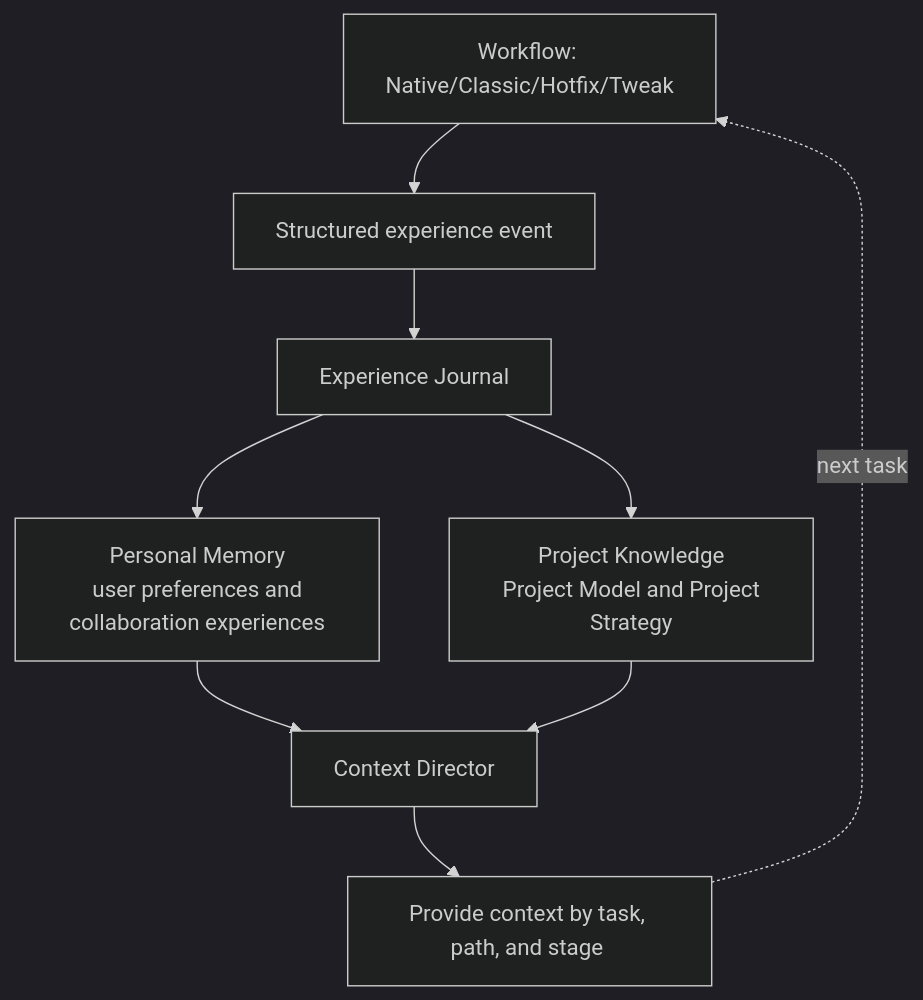
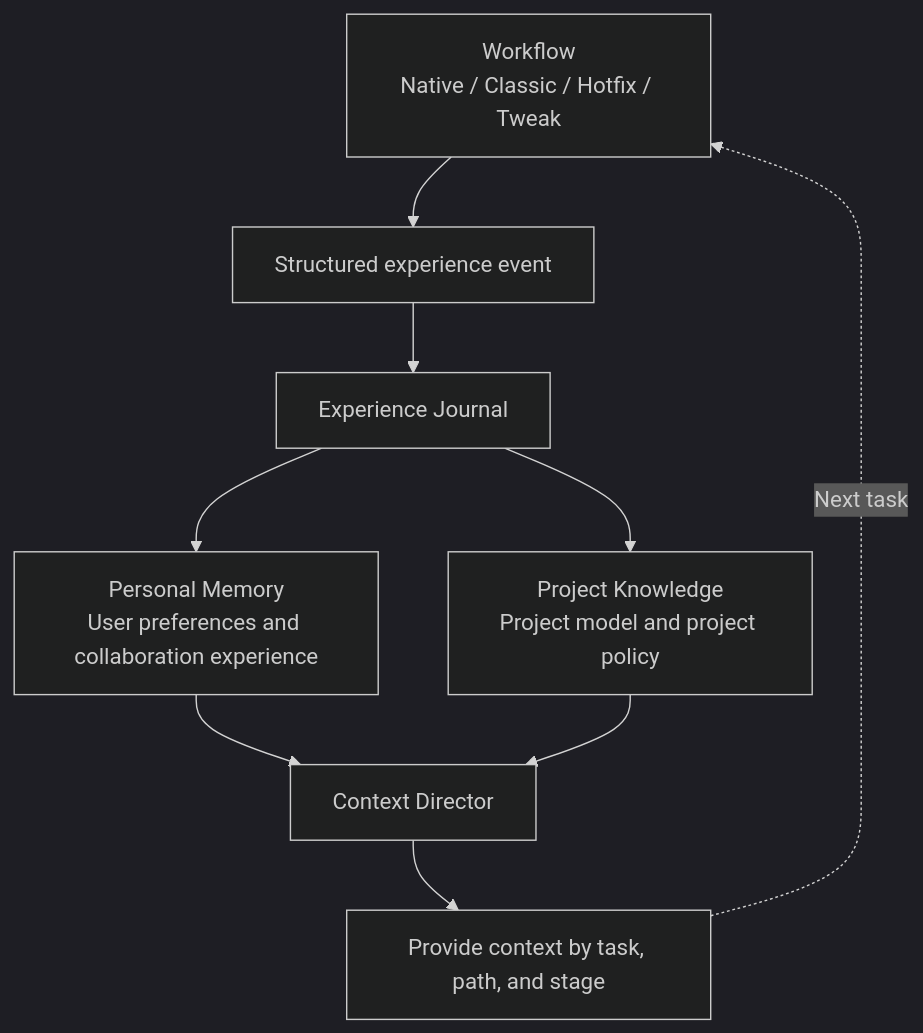
The diagram in en/tech-blog/comet-0.4.0-rc1.mdx (rpamis/comet-website-docs), drawn with Mermaid (dark theme) before and after one commit. The commit also changed other lines of this file and 72 other files, not shown here.

````diff
--- a/en/tech-blog/comet-0.4.0-rc1.mdx
+++ b/en/tech-blog/comet-0.4.0-rc1.mdx
@@ -24,11 +24,11 @@
 ```mermaid
 flowchart TB
-  W["Workflow: <br/>Native/Classic/Hotfix/Tweak"] --> E["Structured experience event"]
+  W["Workflow<br/>Native / Classic / Hotfix / Tweak"] --> E["Structured experience event"]
   E --> J["Experience Journal"]
-  J --> M["Personal Memory<br/> user preferences and collaboration experiences"]
-  J --> K["Project Knowledge<br/> Project Model and Project Strategy"]
+  J --> M["Personal Memory<br/>User preferences and collaboration experience"]
+  J --> K["Project Knowledge<br/>Project model and project policy"]
   M --> D["Context Director"]
   K --> D
-  D --> C["Provide context by task, path, and stage <br/>"]
-  C -. next task .-> W
+  D --> C["Provide context by task, path, and stage"]
+  C -. Next task .-> W
 ```
````
